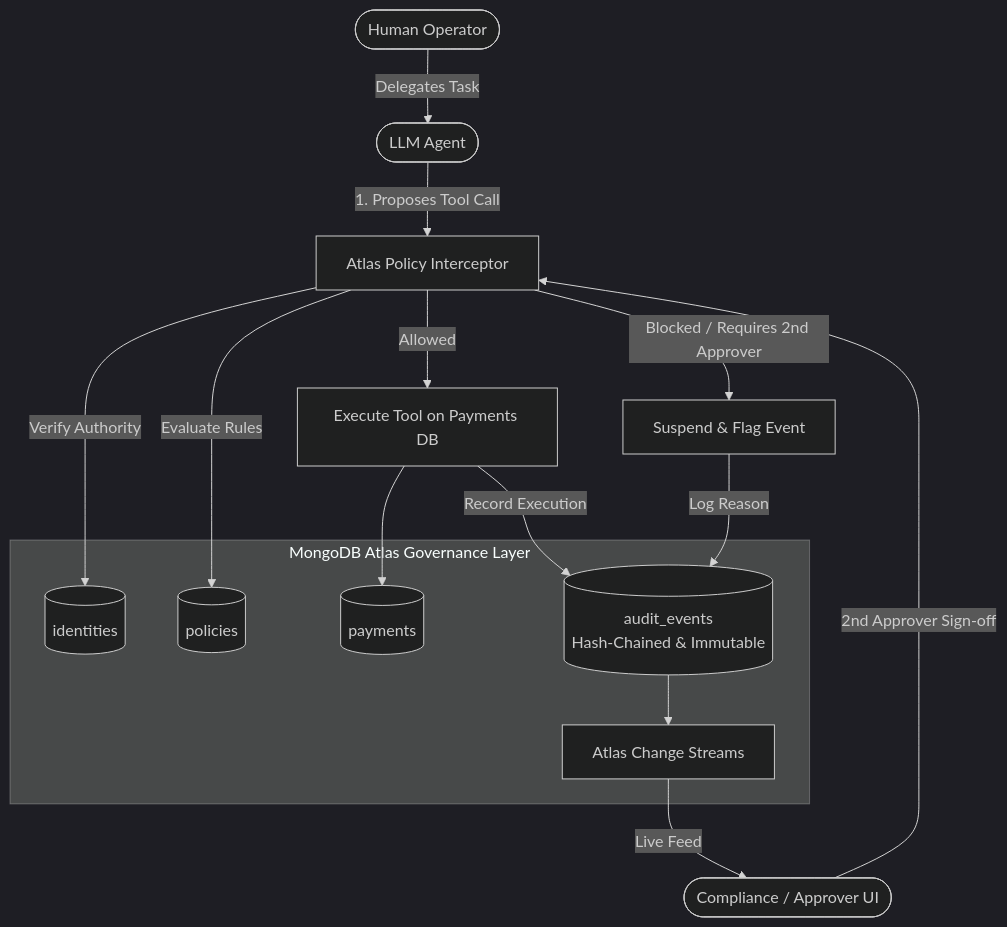
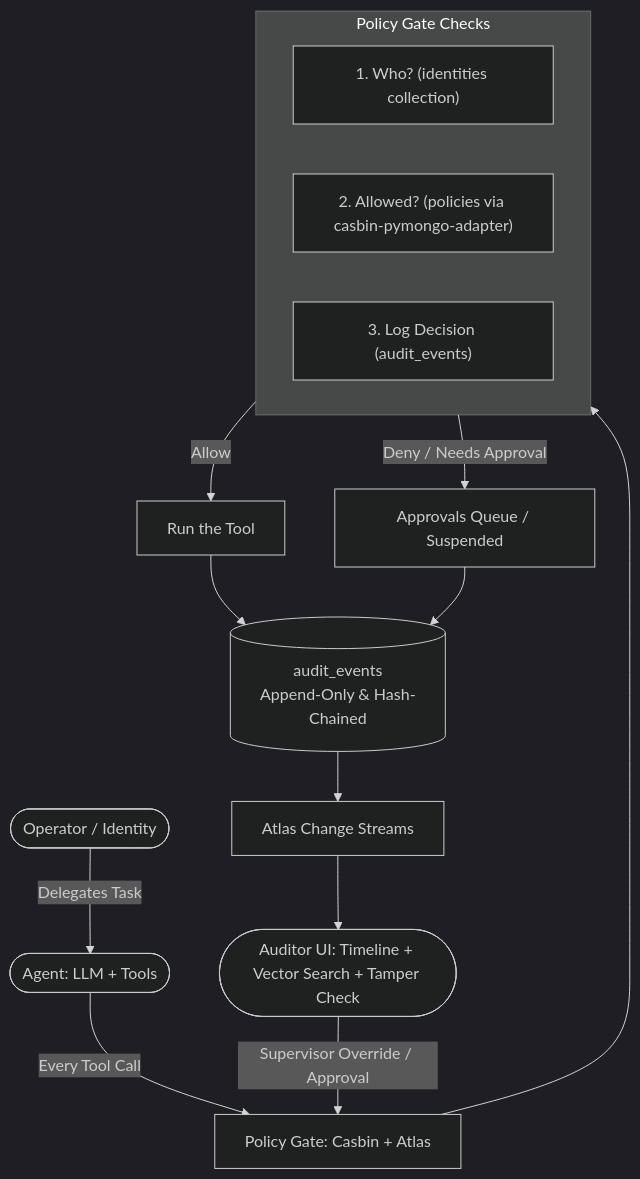
Before and after one commit to lognos/transactions_monitor: the diagram in payment_exception_audit_agent.md, drawn with Mermaid (dark theme). The commit also changed other lines of this file and 1 other file, not shown here.

Commit message:
docs: add Casbin policy engine evaluation, architecture flow, and collection schema

````diff
--- a/payment_exception_audit_agent.md
+++ b/payment_exception_audit_agent.md
@@ -21,27 +43,22 @@
 ```mermaid
 flowchart TD
-    User([Human Operator]) -->|Delegates Task| Agent([LLM Agent])
-    Agent -->|1. Proposes Tool Call| Gate[Atlas Policy Interceptor]
+    Operator([Operator / Identity]) -->|Delegates Task| Agent([Agent: LLM + Tools])
+    Agent -->|Every Tool Call| Gate[Policy Gate: Casbin + Atlas]
     
-    subgraph MongoDB_Atlas [MongoDB Atlas Governance Layer]
-        Identities[(identities)]
-        Policies[(policies)]
-        Payments[(payments)]
-        Audit[(audit_events\nHash-Chained & Immutable)]
-        ChangeStreams[Atlas Change Streams]
+    subgraph GateChecks ["Policy Gate Checks"]
+        C1["1. Who? (identities collection)"]
+        C2["2. Allowed? (policies via casbin-pymongo-adapter)"]
+        C3["3. Log Decision (audit_events)"]
     end
-
-    Gate -->|Verify Authority| Identities
-    Gate -->|Evaluate Rules| Policies
+    Gate --> GateChecks
     
-    Gate -->|Allowed| Exec[Execute Tool on Payments DB]
-    Exec --> Payments
-    Exec -->|Record Execution| Audit
+    GateChecks -->|Allow| Exec[Run the Tool]
+    GateChecks -->|Deny / Needs Approval| Queue[Approvals Queue / Suspended]
     
-    Gate -->|Blocked / Requires 2nd Approver| Suspend[Suspend & Flag Event]
-    Suspend -->|Log Reason| Audit
+    Exec --> Audit[(audit_events\nAppend-Only & Hash-Chained)]
+    Queue --> Audit
     
-    Audit --> ChangeStreams
-    ChangeStreams -->|Live Feed| ReviewerUI([Compliance / Approver UI])
-    ReviewerUI -->|2nd Approver Sign-off| Gate
+    Audit --> Stream[Atlas Change Streams]
+    Stream --> AuditorUI([Auditor UI: Timeline + Vector Search + Tamper Check])
+    AuditorUI -->|Supervisor Override / Approval| Gate
 ```
````
